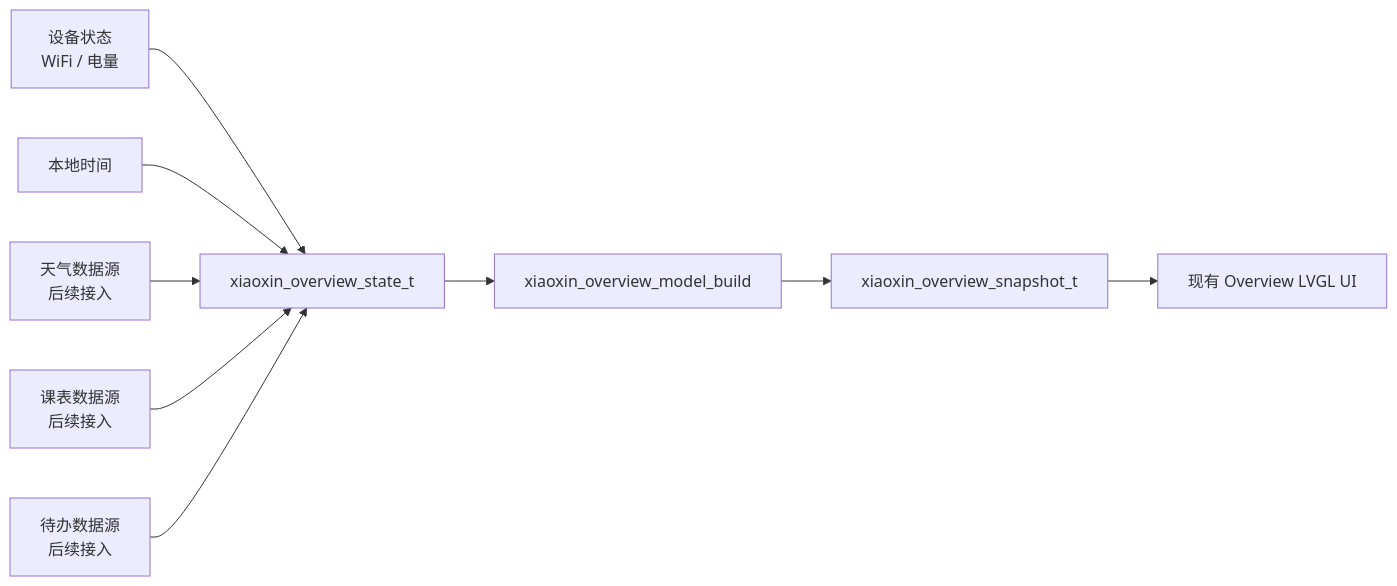
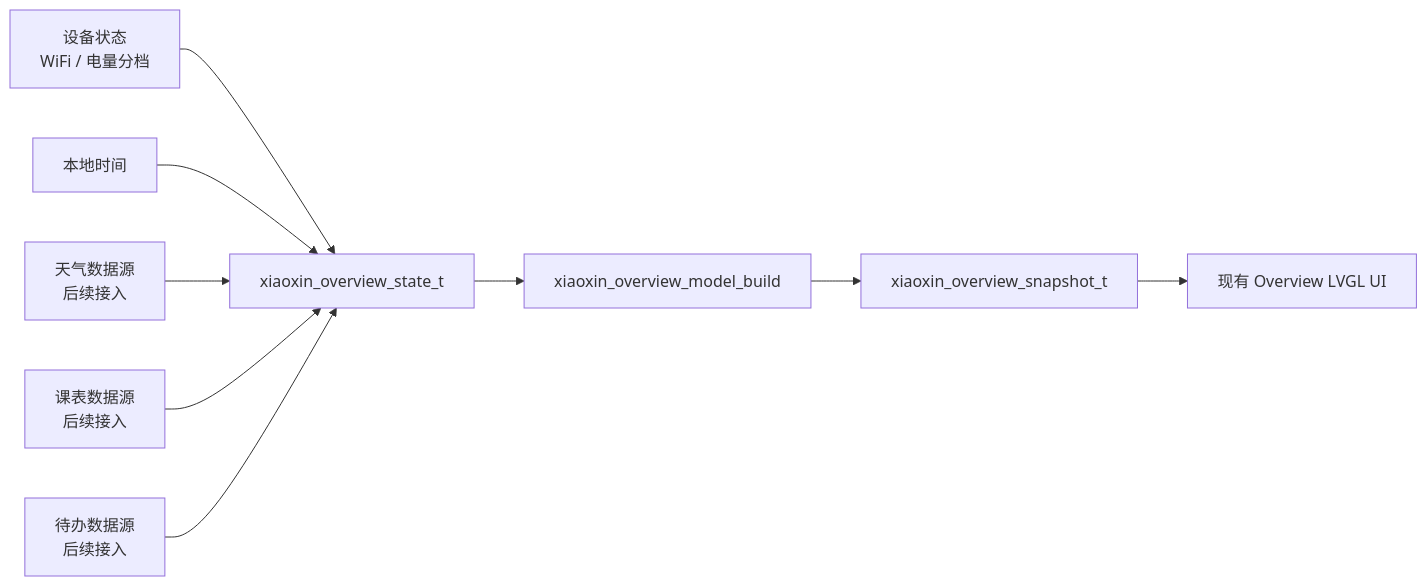
Before and after one commit to jiang-source-tech/hzcu_xiaoxin_firmwire: the diagram in docs/superpowers/specs/2026-06-19-xiaoxin-real-overview-data-design.zh-CN.md, drawn with Mermaid. The commit also changed other lines of this file and 3 other files, not shown here.

````diff
--- a/docs/superpowers/specs/2026-06-19-xiaoxin-real-overview-data-design.zh-CN.md
+++ b/docs/superpowers/specs/2026-06-19-xiaoxin-real-overview-data-design.zh-CN.md
@@ -259,11 +269,11 @@
 ```mermaid
 flowchart LR
-    DeviceState["设备状态\nWiFi / 电量"] --> OverviewState["xiaoxin_overview_state_t"]
+    DeviceState["设备状态\nWiFi / 电量分档"] --> OverviewState["xiaoxin_overview_state_t"]
     LocalTime["本地时间"] --> OverviewState
     Weather["天气数据源\n后续接入"] --> OverviewState
     Courses["课表数据源\n后续接入"] --> OverviewState
     Todos["待办数据源\n后续接入"] --> OverviewState
     OverviewState --> Model["xiaoxin_overview_model_build"]
     Model --> Snapshot["xiaoxin_overview_snapshot_t"]
     Snapshot --> UI["现有 Overview LVGL UI"]
 ```
````
